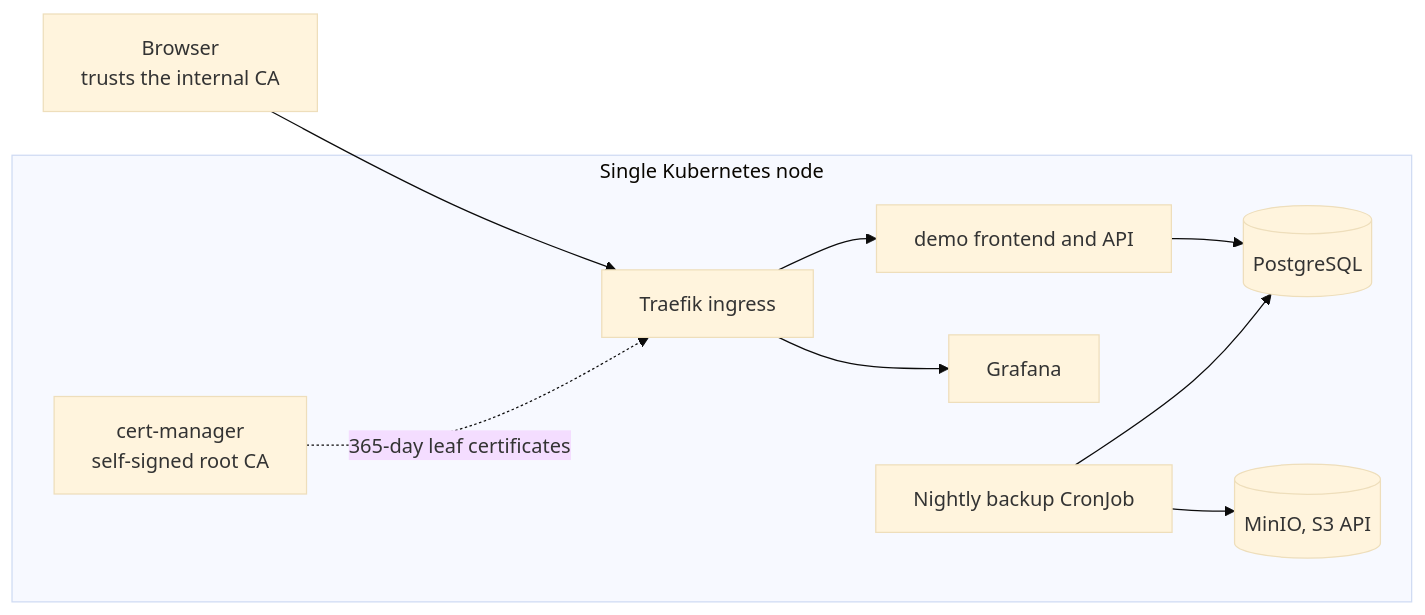
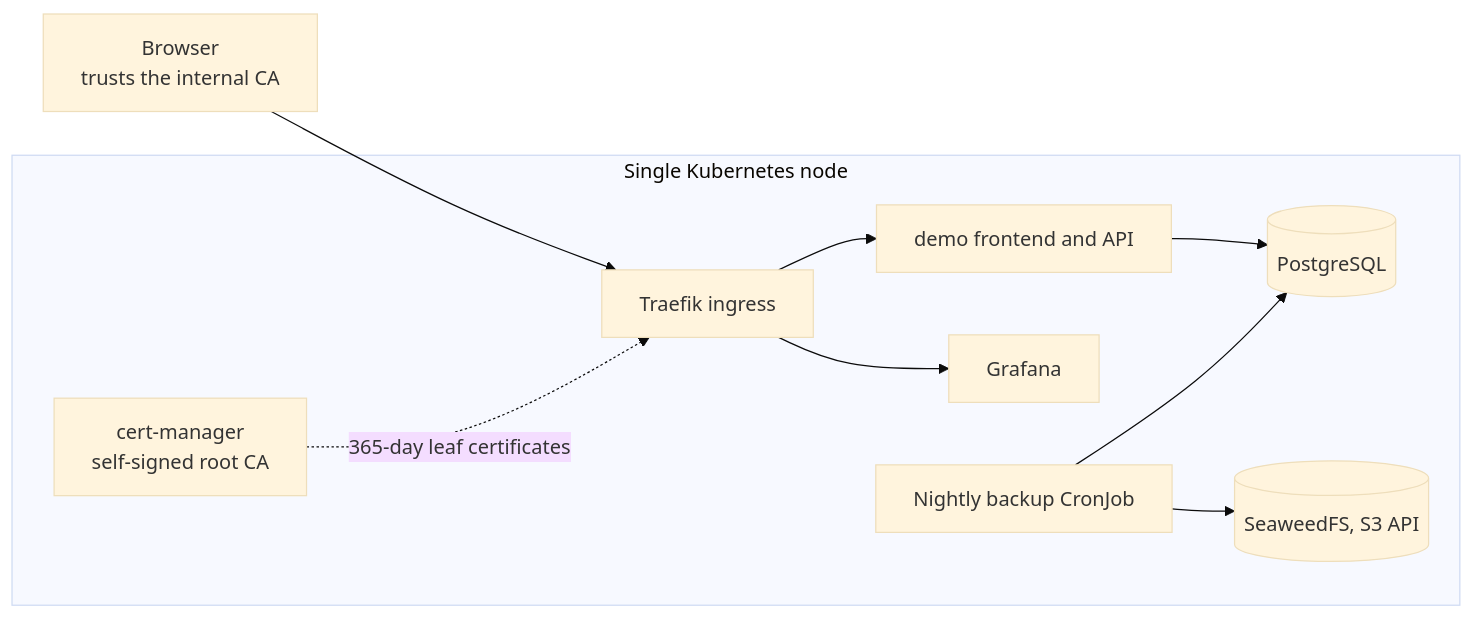
The diagram in README.md (Walaskien/single-node-k8s-platform), drawn with Mermaid (base theme) before and after one commit. The commit also changed other lines of this file and 7 other files, not shown here.

Commit message:
Replace MinIO with SeaweedFS S3: the pinned MinIO images can no longer be pulled

````diff
--- a/README.md
+++ b/README.md
@@ -23,12 +23,12 @@
 ```mermaid
 flowchart LR
     browser["Browser<br/>trusts the internal CA"] --> traefik["Traefik ingress"]
     subgraph node["Single Kubernetes node"]
         traefik --> apps["demo frontend and API"]
         traefik --> grafana["Grafana"]
         apps --> postgres[("PostgreSQL")]
         backup["Nightly backup CronJob"] --> postgres
-        backup --> minio[("MinIO, S3 API")]
+        backup --> s3[("SeaweedFS, S3 API")]
         ca["cert-manager<br/>self-signed root CA"] -.->|"365-day leaf certificates"| traefik
     end
 ```
````
